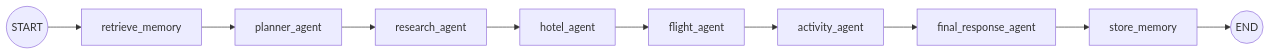
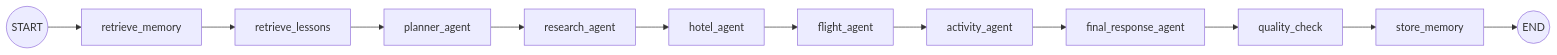
The seventh of 8 diagrams in README.md (maniranjan2023/Northline), drawn with Mermaid before and after one commit. The commit also changed other lines of this file and 333 other files, not shown here.

````diff
--- a/README.md
+++ b/README.md
@@ -595,12 +718,14 @@
 ```mermaid
 flowchart LR
     START((START)) --> RM[retrieve_memory]
-    RM --> PA[planner_agent]
+    RM --> RL[retrieve_lessons]
+    RL --> PA[planner_agent]
     PA --> RA[research_agent]
     RA --> HA[hotel_agent]
     HA --> FA[flight_agent]
     FA --> AA[activity_agent]
     AA --> FR[final_response_agent]
-    FR --> SM[store_memory]
+    FR --> QC[quality_check]
+    QC --> SM[store_memory]
     SM --> END((END))
 ```
````
